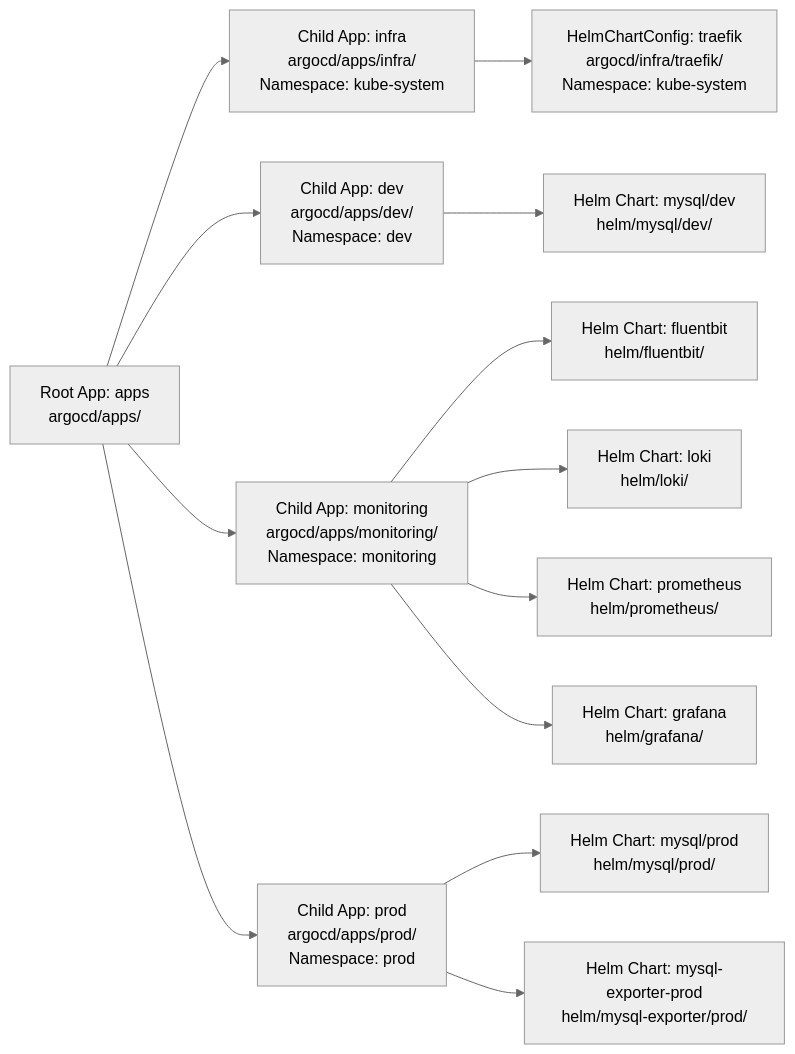
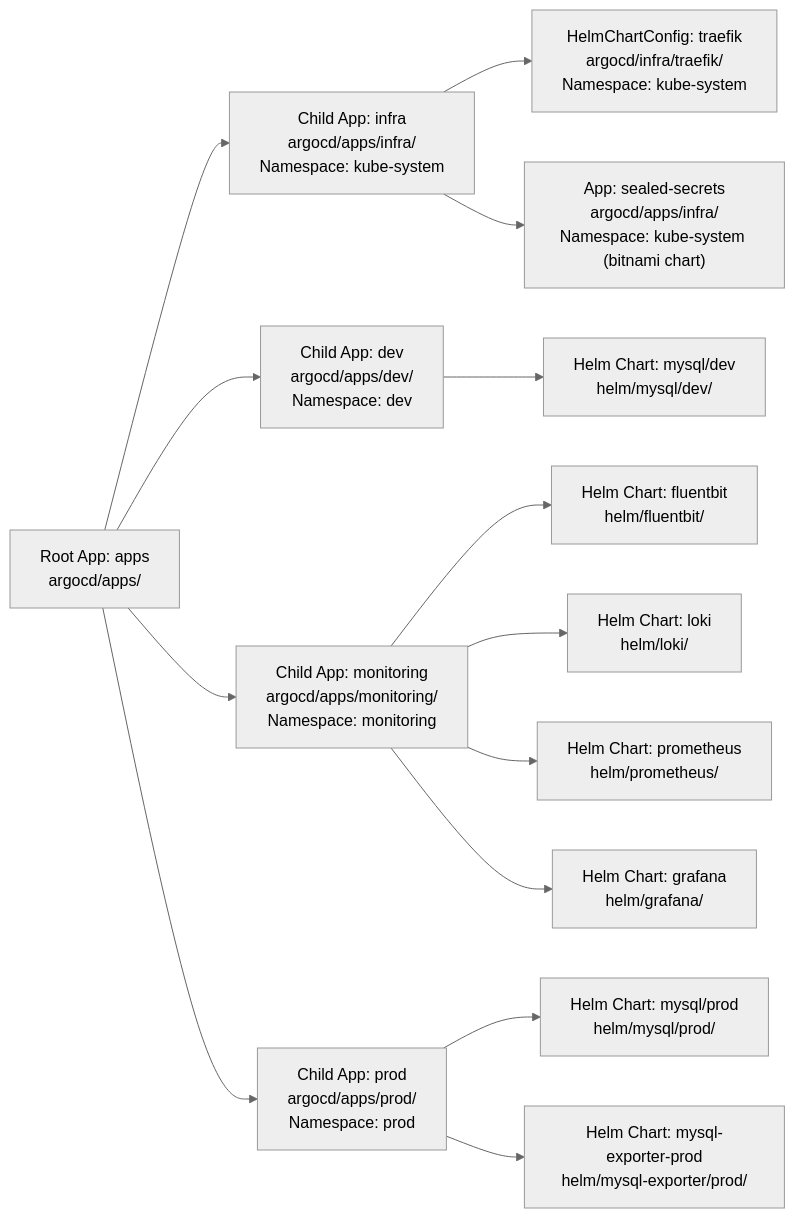
Before and after one commit to minhntt1/local-infra: the diagram in argocd/README.md, drawn with Mermaid (neutral theme). The commit also changed other lines of this file, not shown here.

First line of the commit message:
docs(argocd): document Sealed Secrets controller and secret workflow

````diff
--- a/argocd/README.md
+++ b/argocd/README.md
@@ -9,16 +9,17 @@
 ```mermaid
 flowchart LR
     ROOT["Root App: apps\nargocd/apps/"] --> INFRA["Child App: infra\nargocd/apps/infra/\nNamespace: kube-system"]
     ROOT --> DEV["Child App: dev\nargocd/apps/dev/\nNamespace: dev"]
     ROOT --> MON["Child App: monitoring\nargocd/apps/monitoring/\nNamespace: monitoring"]
     ROOT --> PROD["Child App: prod\nargocd/apps/prod/\nNamespace: prod"]
 
     INFRA --> TRAEFIK_CFG["HelmChartConfig: traefik\nargocd/infra/traefik/\nNamespace: kube-system"]
+    INFRA --> SEALED["App: sealed-secrets\nargocd/apps/infra/\nNamespace: kube-system (bitnami chart)"]
     DEV --> MYSQL["Helm Chart: mysql/dev\nhelm/mysql/dev/"]
     MON --> FB["Helm Chart: fluentbit\nhelm/fluentbit/"]
     MON --> LOKI["Helm Chart: loki\nhelm/loki/"]
     MON --> PROM["Helm Chart: prometheus\nhelm/prometheus/"]
     PROD --> MYSQL_PROD["Helm Chart: mysql/prod\nhelm/mysql/prod/"]
     PROD --> MYSQL_EXPORTER["Helm Chart: mysql-exporter-prod\nhelm/mysql-exporter/prod/"]
     MON --> GRAFANA["Helm Chart: grafana\nhelm/grafana/"]
 ```
````
